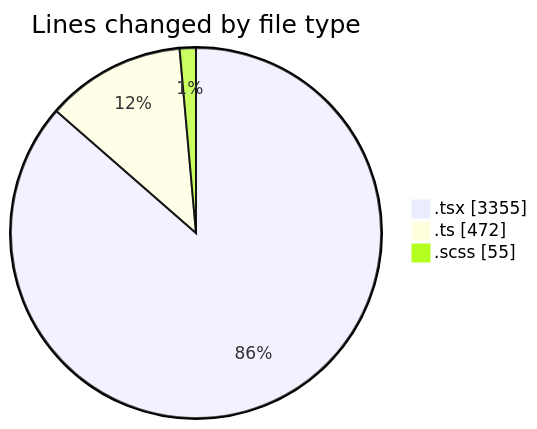
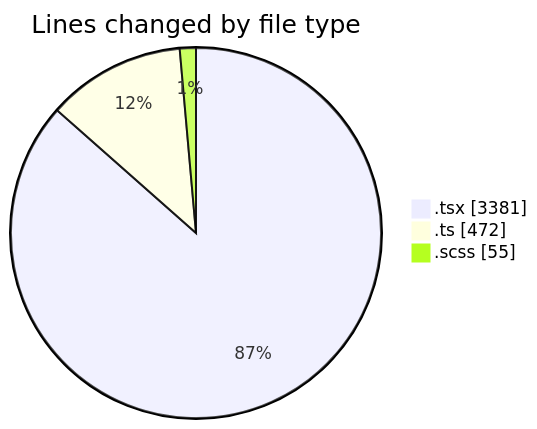
Before and after one commit to momahboobian/code-tracking: the first of 2 diagrams in 2025-10-07/cda/README.md, drawn with Mermaid. The commit also changed other lines of this file and 1 other file, not shown here.

````diff
--- a/2025-10-07/cda/README.md
+++ b/2025-10-07/cda/README.md
@@ -28,7 +28,7 @@
 ```mermaid
 pie showData
 title Lines changed by file type
-".tsx" : 3355
+".tsx" : 3381
 ".ts" : 472
 ".scss" : 55
 ```
````
